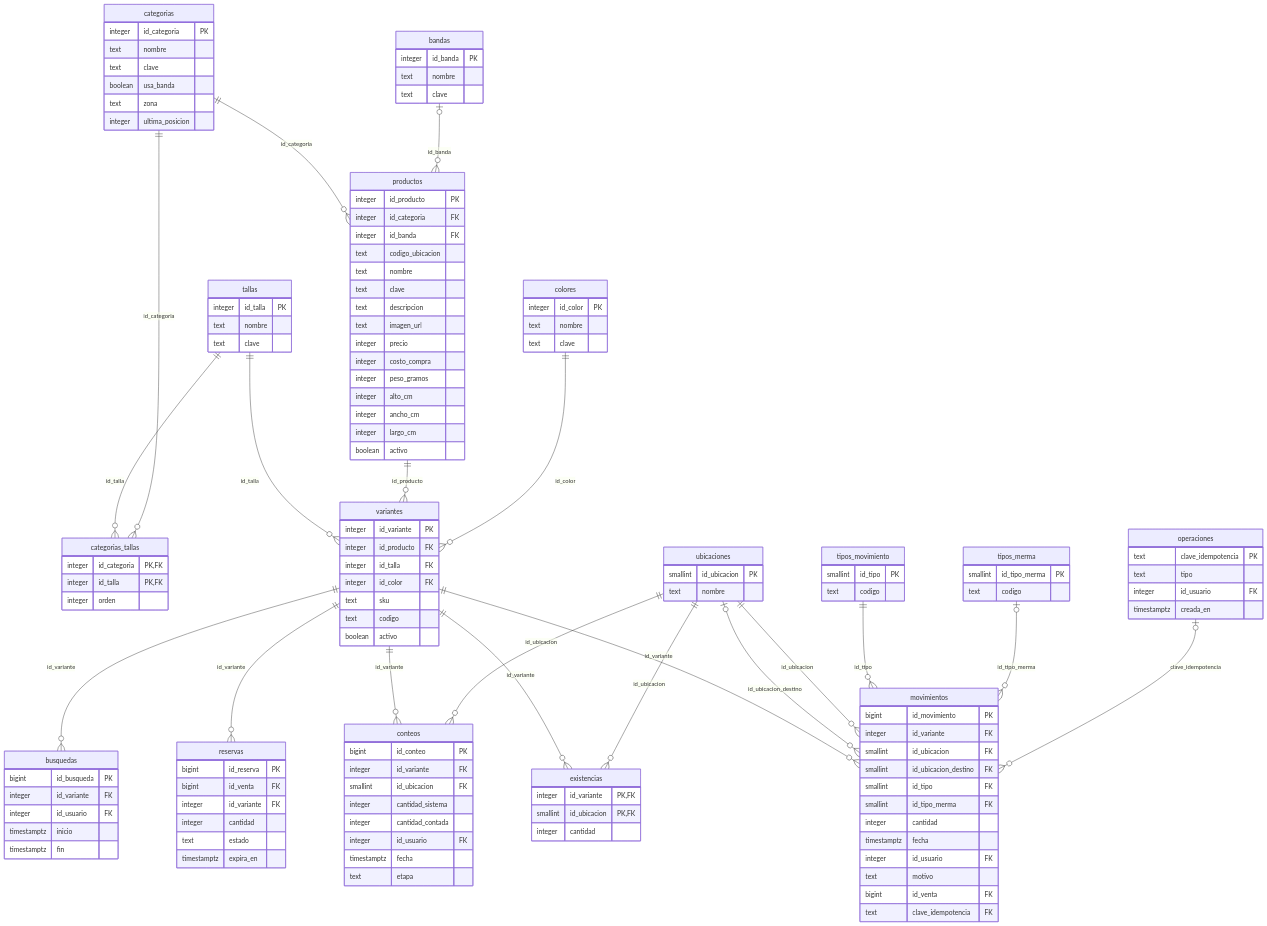
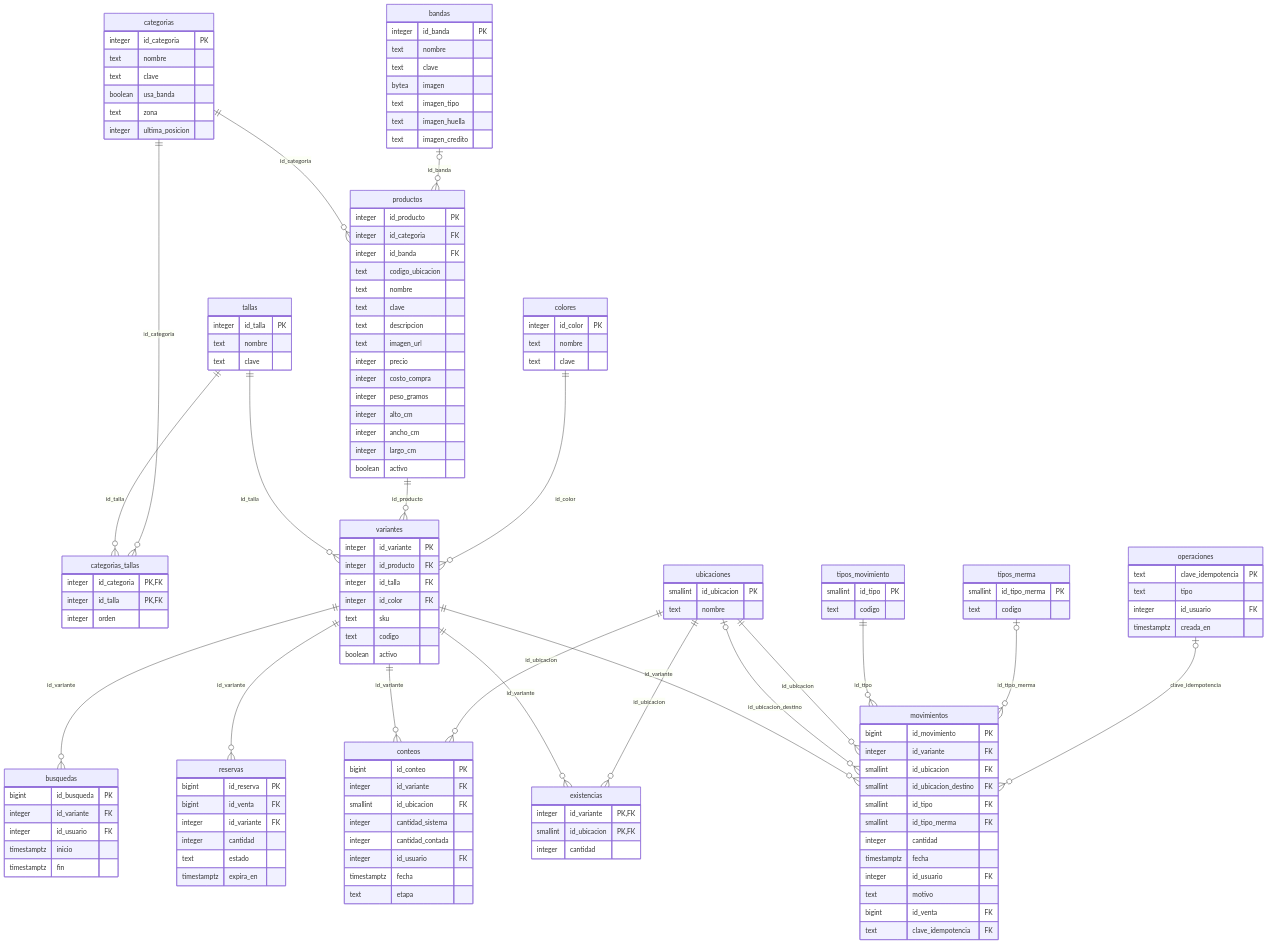
One commit to Hellraiser-2/App-mobile changed the second of 6 diagrams in docs/modelo-datos.md. Above: the diagram before and after it, drawn with Mermaid. The commit also changed other lines of this file and 30 other files, not shown here.

```diff
--- a/docs/modelo-datos.md
+++ b/docs/modelo-datos.md
@@ -159,6 +160,10 @@
     integer id_banda PK
     text nombre
     text clave
+    bytea imagen
+    text imagen_tipo
+    text imagen_huella
+    text imagen_credito
   }
   busquedas {
     bigint id_busqueda PK
```
